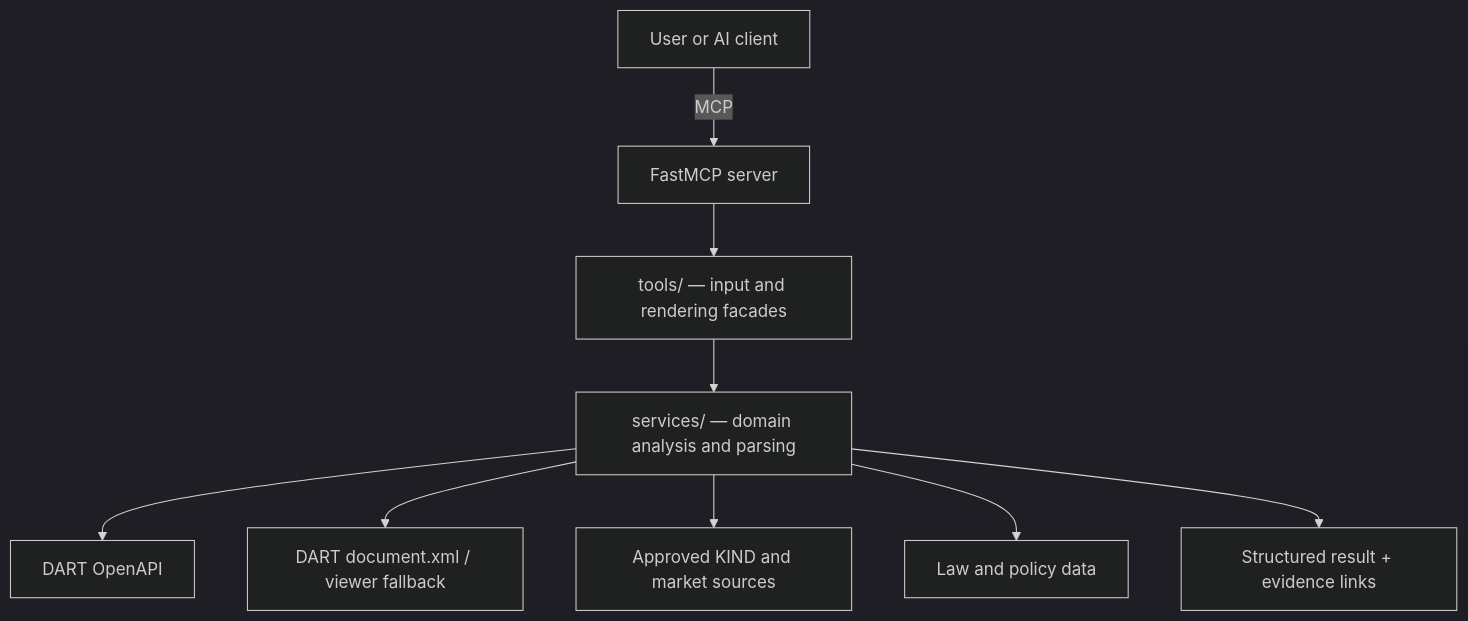
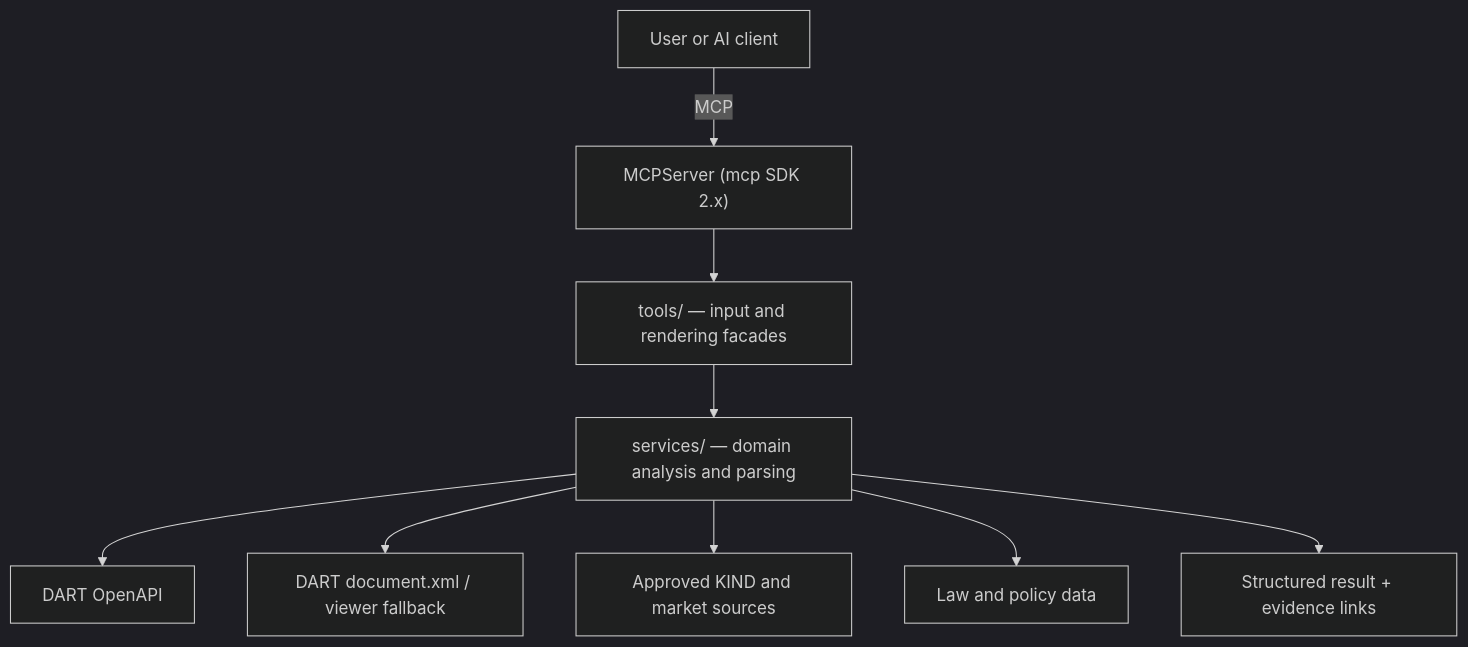
Before and after one commit to MarcoYou/open-proxy-mcp: the first of 2 diagrams in docs/ARCHITECTURE.md, drawn with Mermaid (dark theme). The commit also changed other lines of this file and 3 other files, not shown here.

First line of the commit message:
docs: mcp 2.0 이관 반영 — FastMCP 표기 정리 + log 기록 + CLAUDE.md 중복 제거

````diff
--- a/docs/ARCHITECTURE.md
+++ b/docs/ARCHITECTURE.md
@@ -8,11 +8,11 @@
 ```mermaid
 flowchart TB
-    U["User or AI client"] -->|MCP| S["FastMCP server"]
+    U["User or AI client"] -->|MCP| S["MCPServer (mcp SDK 2.x)"]
     S --> T["tools/ — input and rendering facades"]
     T --> V["services/ — domain analysis and parsing"]
     V --> D1["DART OpenAPI"]
     V --> D2["DART document.xml / viewer fallback"]
     V --> D3["Approved KIND and market sources"]
     V --> L["Law and policy data"]
     V --> E["Structured result + evidence links"]
 ```
````
